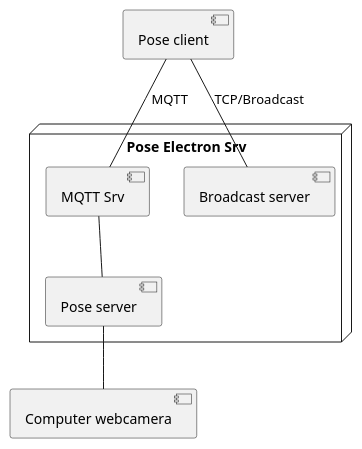
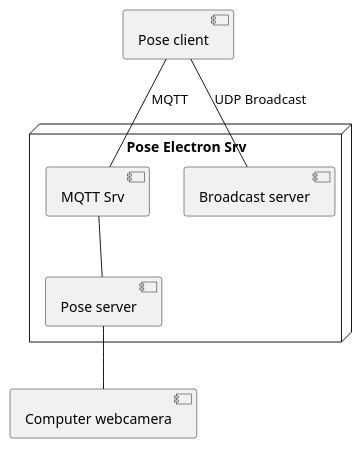
Before and after one commit to miman/posecore-client-electron: the diagram in uml/overview.puml, drawn with PlantUML. The commit also changed 1 other file, not shown here.

Commit message:
fixed TCP UDP error

```diff
--- a/uml/overview.puml
+++ b/uml/overview.puml
@@ -1,17 +1,17 @@
 @startuml posecore
 
 Component "Pose client" as client
 Component "Computer webcamera" as camera
 
 node "Pose Electron Srv" as pes {
     Component "Pose server" as pose_srv
     Component "MQTT Srv" as mqtt_srv
     Component "Broadcast server" as broadcast_srv
 }
 
 mqtt_srv -- pose_srv
 client -- mqtt_srv: MQTT
-client -- broadcast_srv: TCP/Broadcast
+client -- broadcast_srv: UDP Broadcast
 pose_srv -- camera
 
 @enduml
```
